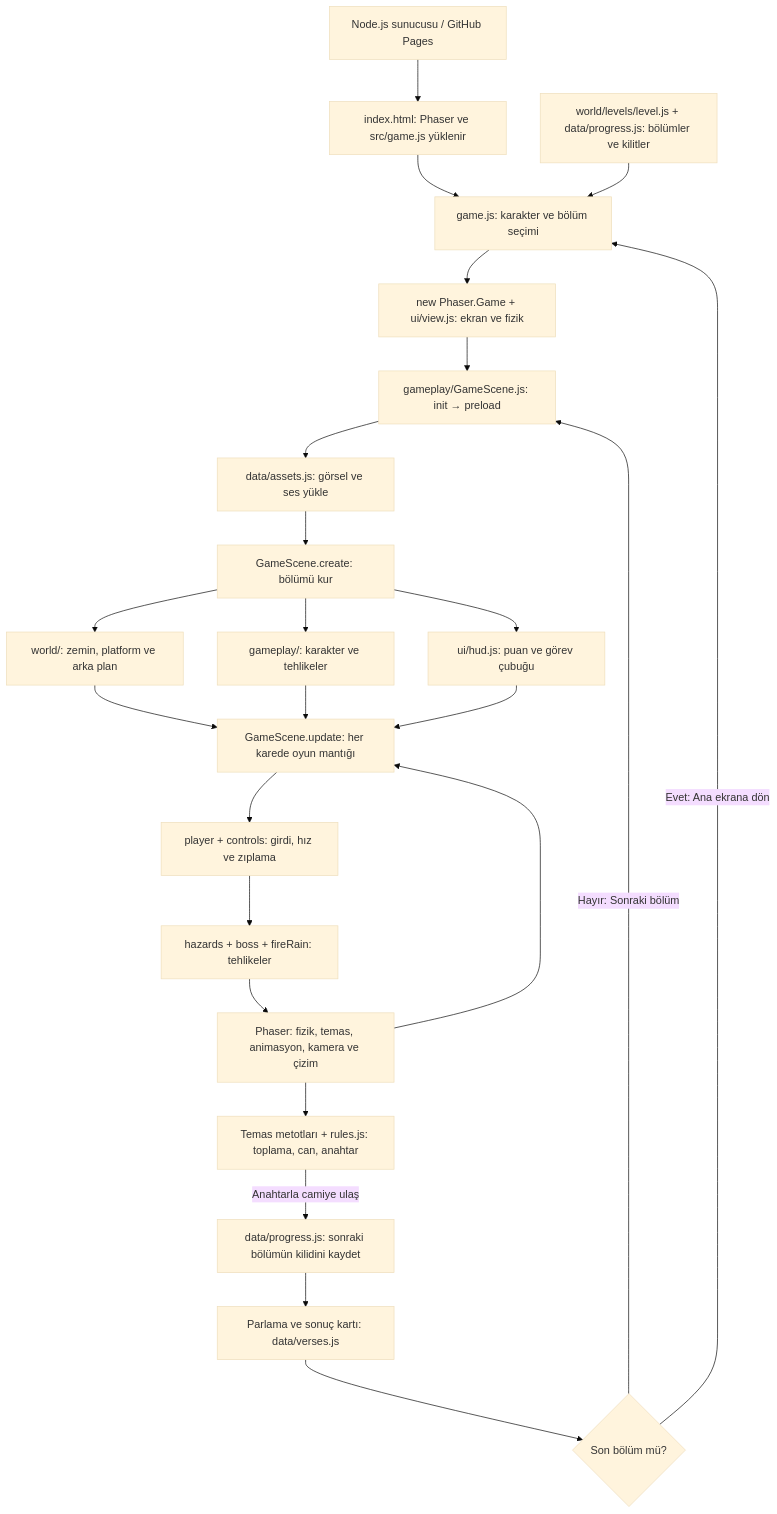
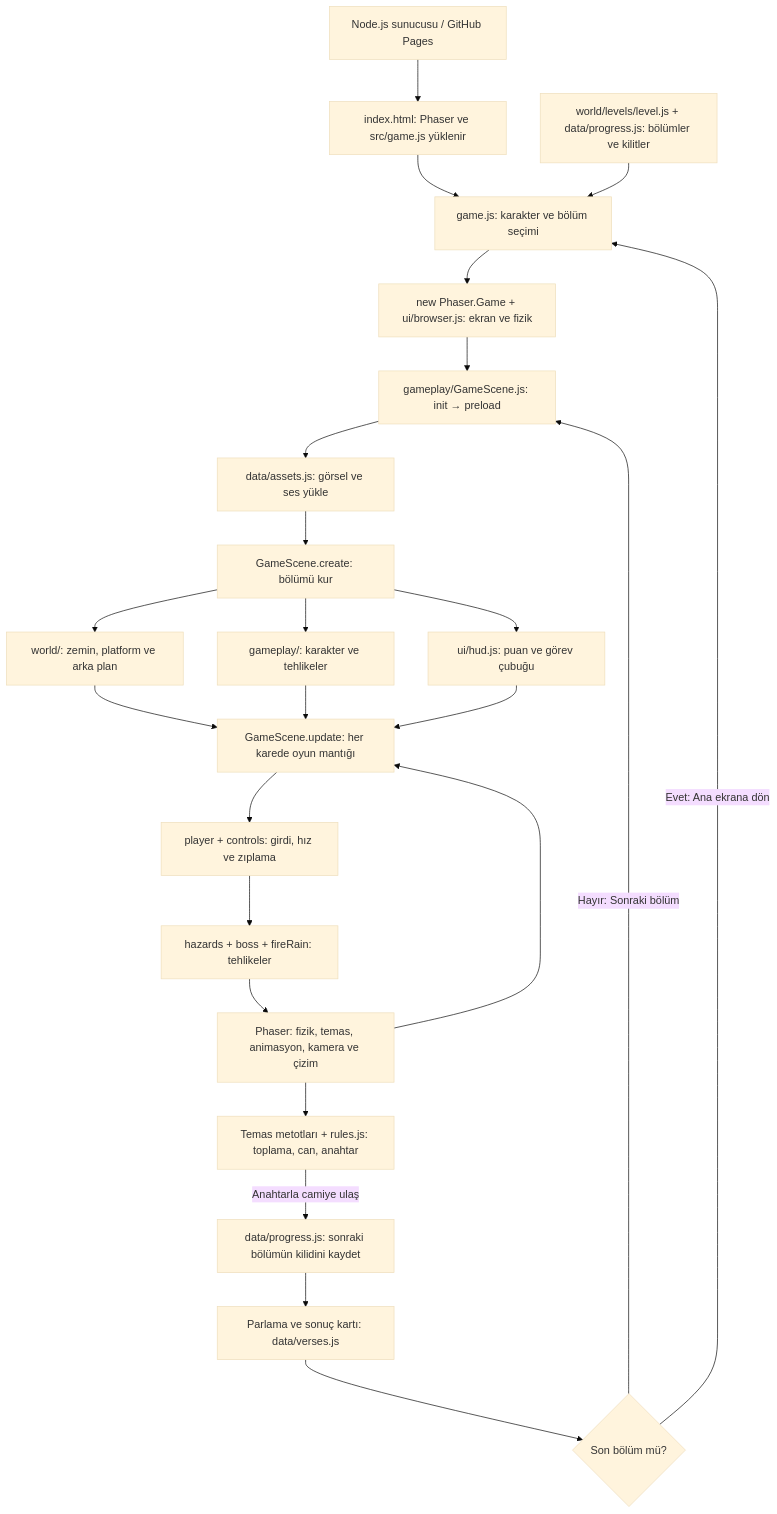
One commit to talhasavash/PhaserGameProject changed the diagram in README.md. Above: the diagram before and after it, drawn with Mermaid (base theme). The commit also changed other lines of this file and 15 other files, not shown here.

````diff
--- a/README.md
+++ b/README.md
@@ -159,26 +158,26 @@
 ```mermaid
 flowchart TD
     A["Node.js sunucusu / GitHub Pages"] --> B["index.html: Phaser ve src/game.js yüklenir"]
     B --> C["game.js: karakter ve bölüm seçimi"]
     D["world/levels/level.js + data/progress.js: bölümler ve kilitler"] --> C
-    C --> E["new Phaser.Game + ui/view.js: ekran ve fizik"]
+    C --> E["new Phaser.Game + ui/browser.js: ekran ve fizik"]
     E --> F["gameplay/GameScene.js: init → preload"]
     F --> G["data/assets.js: görsel ve ses yükle"]
     G --> H["GameScene.create: bölümü kur"]
     H --> I["world/: zemin, platform ve arka plan"]
     H --> J["gameplay/: karakter ve tehlikeler"]
     H --> K["ui/hud.js: puan ve görev çubuğu"]
     I --> L["GameScene.update: her karede oyun mantığı"]
     J --> L
     K --> L
     L --> M["player + controls: girdi, hız ve zıplama"]
     M --> N["hazards + boss + fireRain: tehlikeler"]
     N --> O["Phaser: fizik, temas, animasyon, kamera ve çizim"]
     O --> L
     O --> P["Temas metotları + rules.js: toplama, can, anahtar"]
     P -->|"Anahtarla camiye ulaş"| Q["data/progress.js: sonraki bölümün kilidini kaydet"]
     Q --> R["Parlama ve sonuç kartı: data/verses.js"]
     R --> S{"Son bölüm mü?"}
     S -->|"Hayır: Sonraki bölüm"| F
     S -->|"Evet: Ana ekrana dön"| C
 ```
````
